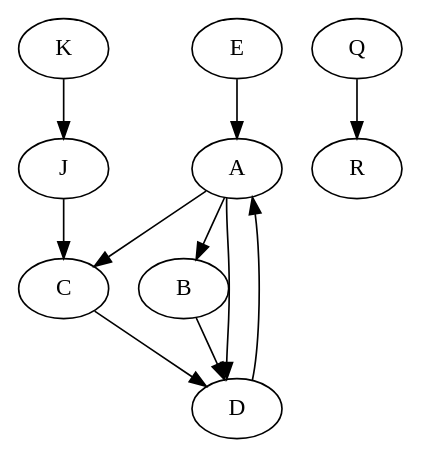
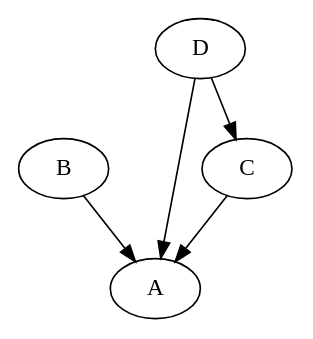
Before and after one commit to bkelsey2216/Advogato: the diagram in master-graph.dot, drawn with Graphviz. The commit also changed 4 other files, not shown here.

```diff
--- a/master-graph.dot
+++ b/master-graph.dot
@@ -1,12 +1,12 @@
 digraph G {
-   A -> B [level="Observer"];
-   A -> C [level="Observer"];
-   B -> D [level="Observer"];
-   C -> D [level="Observer"];
-   E -> A [level="Observer"];
-   D -> A [level="Observer"];
-   A -> D [level="Observer"];
-   J -> C [level="Observer"];
+   B -> A [level="Observer"];
+   C -> A [level="Observer"];
+   D -> A [level="Master"];
+   D -> C [level="Observer"];
+   /*F -> A [level="Observer"];
+   G -> D [level="Observer"];
+   H -> C [level="Observer"];
+   G -> E [level="Observer"];
    K -> J [level="Observer"];
-   Q -> R [level="Master"];
+   Q -> R [level="Master"];*/
 }
```
